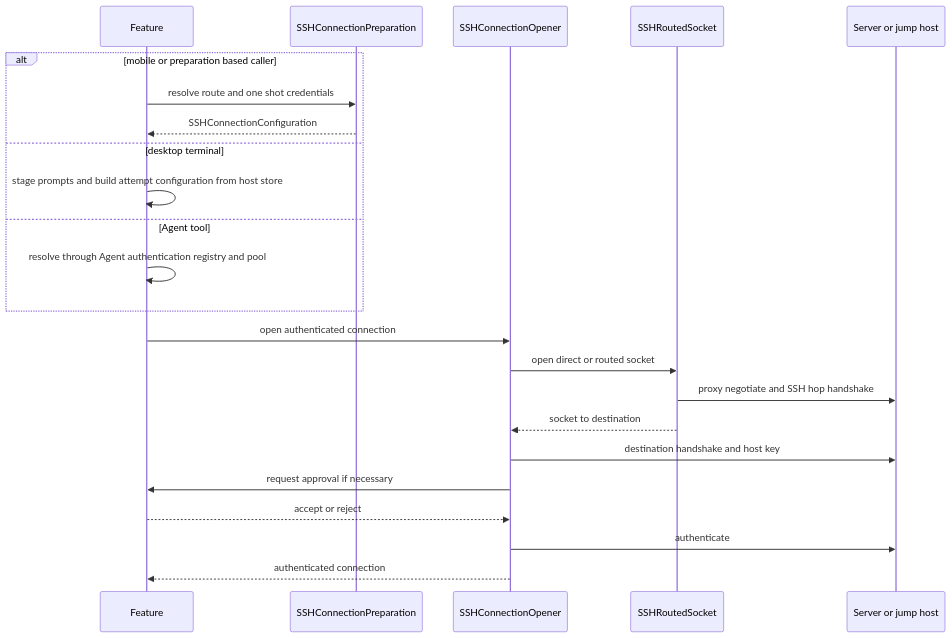
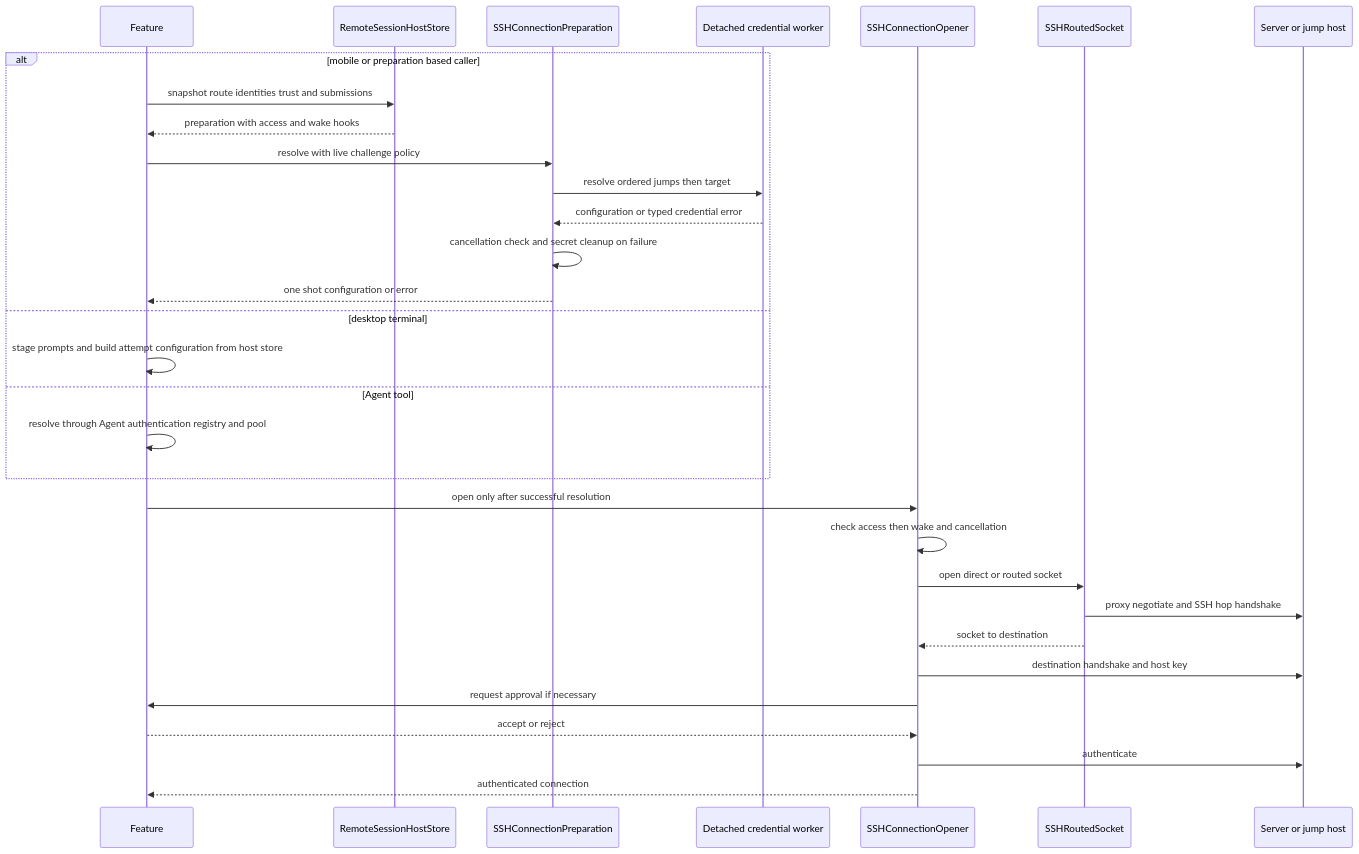
Before and after one commit to AkinoKaede/Termind: the first of 10 diagrams in openwiki/workflows/ssh-session-lifecycle.md, drawn with Mermaid. The commit also changed other lines of this file and 59 other files, not shown here.

````diff
--- a/openwiki/workflows/ssh-session-lifecycle.md
+++ b/openwiki/workflows/ssh-session-lifecycle.md
@@ -179,25 +189,33 @@
 ```mermaid
 sequenceDiagram
     participant Feature
+    participant Store as RemoteSessionHostStore
     participant Prepare as SSHConnectionPreparation
+    participant Worker as Detached credential worker
     participant Opener as SSHConnectionOpener
     participant Route as SSHRoutedSocket
     participant Remote as Server or jump host
     alt mobile or preparation based caller
-        Feature->>Prepare: resolve route and one shot credentials
-        Prepare-->>Feature: SSHConnectionConfiguration
+        Feature->>Store: snapshot route identities trust and submissions
+        Store-->>Feature: preparation with access and wake hooks
+        Feature->>Prepare: resolve with live challenge policy
+        Prepare->>Worker: resolve ordered jumps then target
+        Worker-->>Prepare: configuration or typed credential error
+        Prepare->>Prepare: cancellation check and secret cleanup on failure
+        Prepare-->>Feature: one shot configuration or error
     else desktop terminal
         Feature->>Feature: stage prompts and build attempt configuration from host store
     else Agent tool
         Feature->>Feature: resolve through Agent authentication registry and pool
     end
-    Feature->>Opener: open authenticated connection
+    Feature->>Opener: open only after successful resolution
+    Opener->>Opener: check access then wake and cancellation
     Opener->>Route: open direct or routed socket
     Route->>Remote: proxy negotiate and SSH hop handshake
     Route-->>Opener: socket to destination
     Opener->>Remote: destination handshake and host key
     Opener->>Feature: request approval if necessary
     Feature-->>Opener: accept or reject
     Opener->>Remote: authenticate
     Opener-->>Feature: authenticated connection
 ```
````
